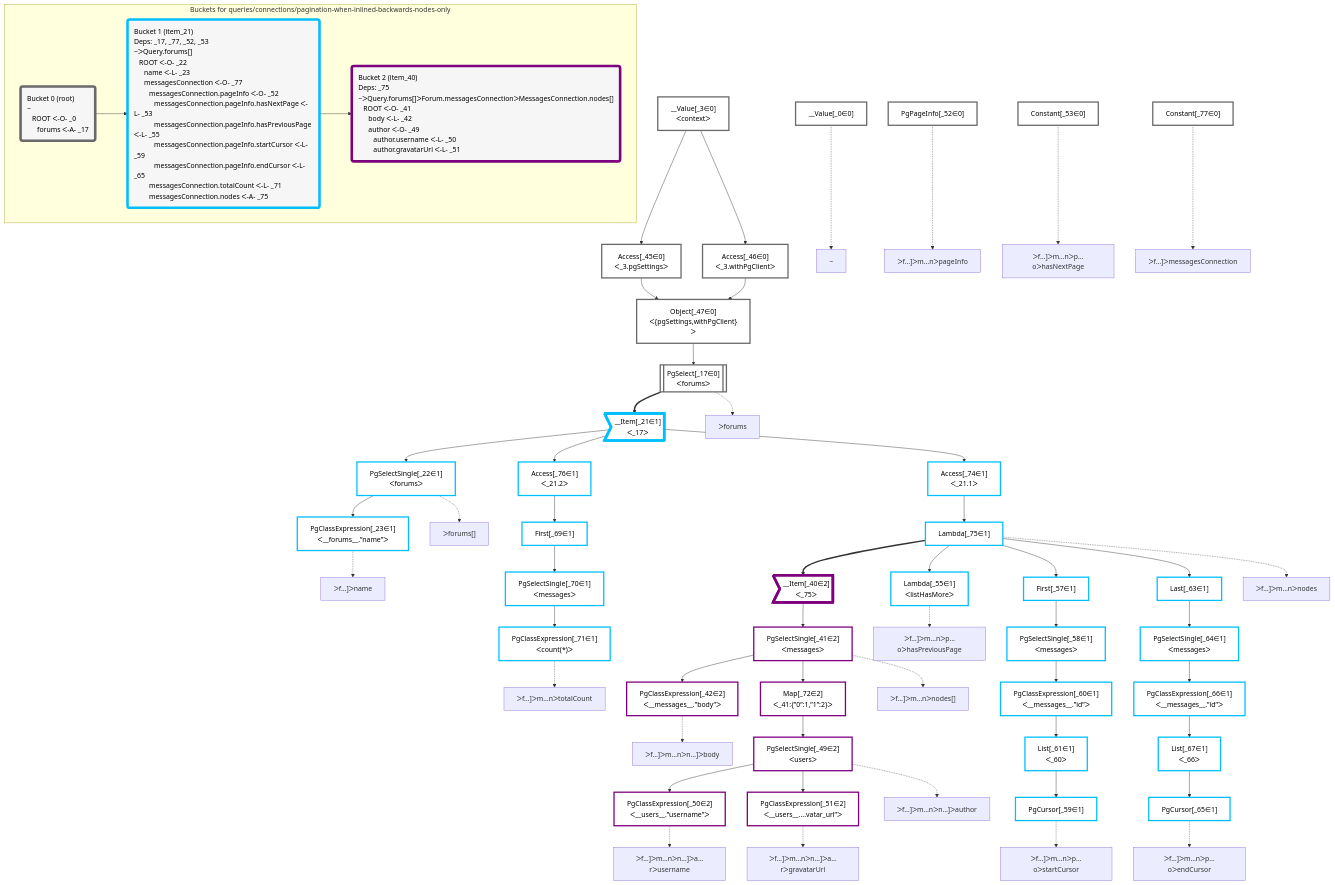
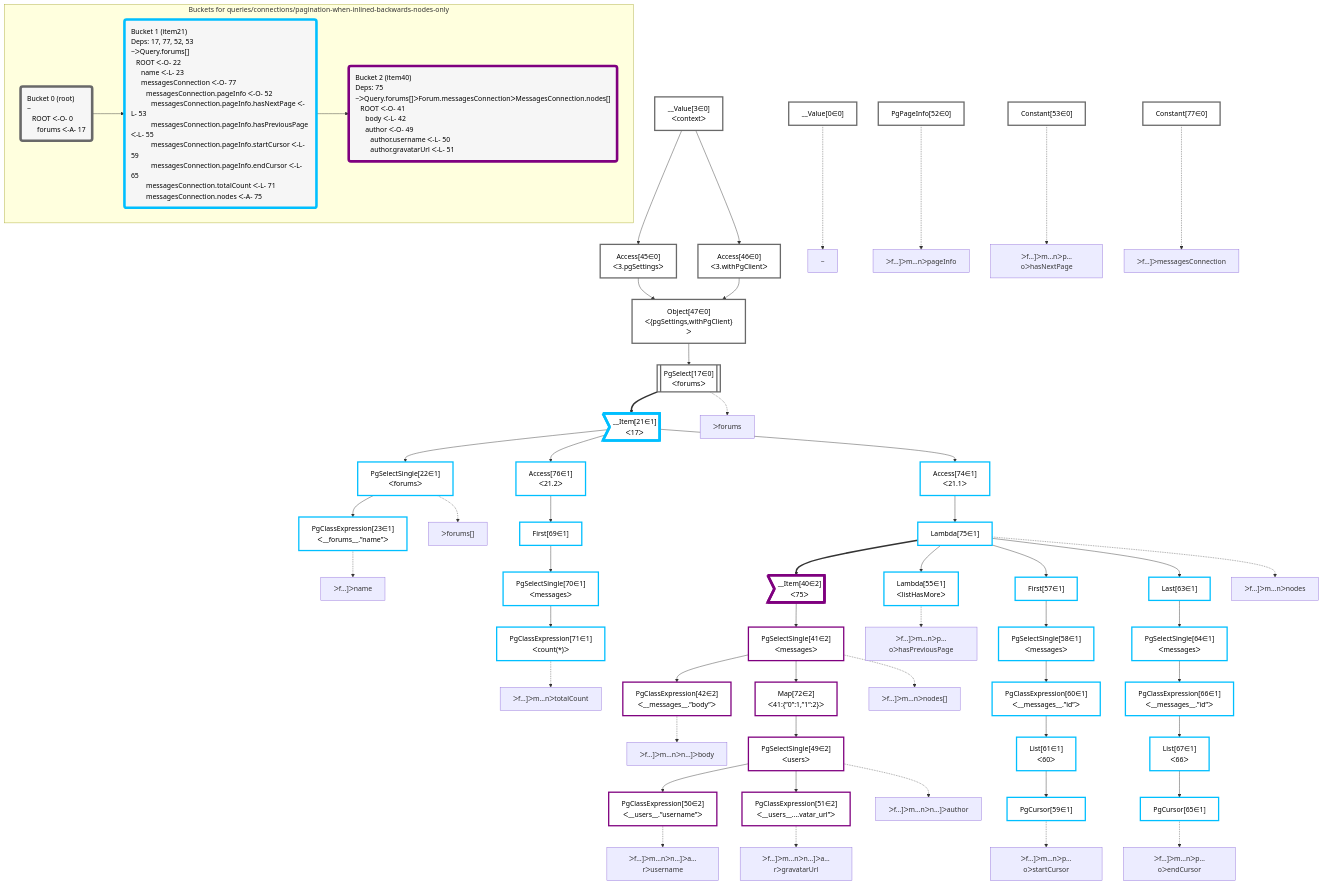
Before and after one commit to graphile/crystal: the diagram in packages/dataplan-pg/__tests__/queries/connections/pagination-when-inlined-backwards-nodes-only.mermaid.md, drawn with Mermaid. The commit also changed 195 other files, not shown here.

```diff
--- a/packages/dataplan-pg/__tests__/queries/connections/pagination-when-inlined-backwards-nodes-only.mermaid.md
+++ b/packages/dataplan-pg/__tests__/queries/connections/pagination-when-inlined-backwards-nodes-only.mermaid.md
@@ -8,122 +8,122 @@
 
 
     %% define plans
-    __Value_0["__Value[_0∈0]"]:::plan
-    PgClassExpression_23["PgClassExpression[_23∈1]<br />ᐸ__forums__.”name”ᐳ"]:::plan
-    PgSelectSingle_22["PgSelectSingle[_22∈1]<br />ᐸforumsᐳ"]:::plan
-    PgClassExpression_71["PgClassExpression[_71∈1]<br />ᐸcount(*)ᐳ"]:::plan
-    PgSelectSingle_70["PgSelectSingle[_70∈1]<br />ᐸmessagesᐳ"]:::plan
-    First_69["First[_69∈1]"]:::plan
-    Access_76["Access[_76∈1]<br />ᐸ_21.2ᐳ"]:::plan
-    PgClassExpression_42["PgClassExpression[_42∈2]<br />ᐸ__messages__.”body”ᐳ"]:::plan
-    PgClassExpression_50["PgClassExpression[_50∈2]<br />ᐸ__users__.”username”ᐳ"]:::plan
-    PgClassExpression_51["PgClassExpression[_51∈2]<br />ᐸ__users__....vatar_url”ᐳ"]:::plan
-    PgSelectSingle_49["PgSelectSingle[_49∈2]<br />ᐸusersᐳ"]:::plan
-    Map_72["Map[_72∈2]<br />ᐸ_41:{”0”:1,”1”:2}ᐳ"]:::plan
-    PgSelectSingle_41["PgSelectSingle[_41∈2]<br />ᐸmessagesᐳ"]:::plan
-    __Item_40>"__Item[_40∈2]<br />ᐸ_75ᐳ"]:::itemplan
-    Lambda_55["Lambda[_55∈1]<br />ᐸlistHasMoreᐳ"]:::plan
-    PgCursor_59["PgCursor[_59∈1]"]:::plan
-    List_61["List[_61∈1]<br />ᐸ_60ᐳ"]:::plan
-    PgClassExpression_60["PgClassExpression[_60∈1]<br />ᐸ__messages__.”id”ᐳ"]:::plan
-    PgSelectSingle_58["PgSelectSingle[_58∈1]<br />ᐸmessagesᐳ"]:::plan
-    First_57["First[_57∈1]"]:::plan
-    PgCursor_65["PgCursor[_65∈1]"]:::plan
-    List_67["List[_67∈1]<br />ᐸ_66ᐳ"]:::plan
-    PgClassExpression_66["PgClassExpression[_66∈1]<br />ᐸ__messages__.”id”ᐳ"]:::plan
-    PgSelectSingle_64["PgSelectSingle[_64∈1]<br />ᐸmessagesᐳ"]:::plan
-    Last_63["Last[_63∈1]"]:::plan
-    Lambda_75["Lambda[_75∈1]"]:::plan
-    Access_74["Access[_74∈1]<br />ᐸ_21.1ᐳ"]:::plan
-    __Item_21>"__Item[_21∈1]<br />ᐸ_17ᐳ"]:::itemplan
-    PgSelect_17[["PgSelect[_17∈0]<br />ᐸforumsᐳ"]]:::plan
-    Object_47["Object[_47∈0]<br />ᐸ{pgSettings,withPgClient}ᐳ"]:::plan
-    Access_45["Access[_45∈0]<br />ᐸ_3.pgSettingsᐳ"]:::plan
-    Access_46["Access[_46∈0]<br />ᐸ_3.withPgClientᐳ"]:::plan
-    __Value_3["__Value[_3∈0]<br />ᐸcontextᐳ"]:::plan
-    Constant_77["Constant[_77∈0]"]:::plan
-    PgPageInfo_52["PgPageInfo[_52∈0]"]:::plan
-    Constant_53["Constant[_53∈0]"]:::plan
+    __Value0["__Value[0∈0]"]:::plan
+    PgClassExpression23["PgClassExpression[23∈1]<br />ᐸ__forums__.”name”ᐳ"]:::plan
+    PgSelectSingle22["PgSelectSingle[22∈1]<br />ᐸforumsᐳ"]:::plan
+    PgClassExpression71["PgClassExpression[71∈1]<br />ᐸcount(*)ᐳ"]:::plan
+    PgSelectSingle70["PgSelectSingle[70∈1]<br />ᐸmessagesᐳ"]:::plan
+    First69["First[69∈1]"]:::plan
+    Access76["Access[76∈1]<br />ᐸ21.2ᐳ"]:::plan
+    PgClassExpression42["PgClassExpression[42∈2]<br />ᐸ__messages__.”body”ᐳ"]:::plan
+    PgClassExpression50["PgClassExpression[50∈2]<br />ᐸ__users__.”username”ᐳ"]:::plan
+    PgClassExpression51["PgClassExpression[51∈2]<br />ᐸ__users__....vatar_url”ᐳ"]:::plan
+    PgSelectSingle49["PgSelectSingle[49∈2]<br />ᐸusersᐳ"]:::plan
+    Map72["Map[72∈2]<br />ᐸ41:{”0”:1,”1”:2}ᐳ"]:::plan
+    PgSelectSingle41["PgSelectSingle[41∈2]<br />ᐸmessagesᐳ"]:::plan
+    __Item40>"__Item[40∈2]<br />ᐸ75ᐳ"]:::itemplan
+    Lambda55["Lambda[55∈1]<br />ᐸlistHasMoreᐳ"]:::plan
+    PgCursor59["PgCursor[59∈1]"]:::plan
+    List61["List[61∈1]<br />ᐸ60ᐳ"]:::plan
+    PgClassExpression60["PgClassExpression[60∈1]<br />ᐸ__messages__.”id”ᐳ"]:::plan
+    PgSelectSingle58["PgSelectSingle[58∈1]<br />ᐸmessagesᐳ"]:::plan
+    First57["First[57∈1]"]:::plan
+    PgCursor65["PgCursor[65∈1]"]:::plan
+    List67["List[67∈1]<br />ᐸ66ᐳ"]:::plan
+    PgClassExpression66["PgClassExpression[66∈1]<br />ᐸ__messages__.”id”ᐳ"]:::plan
+    PgSelectSingle64["PgSelectSingle[64∈1]<br />ᐸmessagesᐳ"]:::plan
+    Last63["Last[63∈1]"]:::plan
+    Lambda75["Lambda[75∈1]"]:::plan
+    Access74["Access[74∈1]<br />ᐸ21.1ᐳ"]:::plan
+    __Item21>"__Item[21∈1]<br />ᐸ17ᐳ"]:::itemplan
+    PgSelect17[["PgSelect[17∈0]<br />ᐸforumsᐳ"]]:::plan
+    Object47["Object[47∈0]<br />ᐸ{pgSettings,withPgClient}ᐳ"]:::plan
+    Access45["Access[45∈0]<br />ᐸ3.pgSettingsᐳ"]:::plan
+    Access46["Access[46∈0]<br />ᐸ3.withPgClientᐳ"]:::plan
+    __Value3["__Value[3∈0]<br />ᐸcontextᐳ"]:::plan
+    Constant77["Constant[77∈0]"]:::plan
+    PgPageInfo52["PgPageInfo[52∈0]"]:::plan
+    Constant53["Constant[53∈0]"]:::plan
 
     %% plan dependencies
-    PgSelectSingle_22 --> PgClassExpression_23
-    __Item_21 --> PgSelectSingle_22
-    PgSelectSingle_70 --> PgClassExpression_71
-    First_69 --> PgSelectSingle_70
-    Access_76 --> First_69
-    __Item_21 --> Access_76
-    PgSelectSingle_41 --> PgClassExpression_42
-    PgSelectSingle_49 --> PgClassExpression_50
-    PgSelectSingle_49 --> PgClassExpression_51
-    Map_72 --> PgSelectSingle_49
-    PgSelectSingle_41 --> Map_72
-    __Item_40 --> PgSelectSingle_41
-    Lambda_75 ==> __Item_40
-    Lambda_75 --> Lambda_55
-    List_61 --> PgCursor_59
-    PgClassExpression_60 --> List_61
-    PgSelectSingle_58 --> PgClassExpression_60
-    First_57 --> PgSelectSingle_58
-    Lambda_75 --> First_57
-    List_67 --> PgCursor_65
-    PgClassExpression_66 --> List_67
-    PgSelectSingle_64 --> PgClassExpression_66
-    Last_63 --> PgSelectSingle_64
-    Lambda_75 --> Last_63
-    Access_74 --> Lambda_75
-    __Item_21 --> Access_74
-    PgSelect_17 ==> __Item_21
-    Object_47 --> PgSelect_17
-    Access_45 & Access_46 --> Object_47
-    __Value_3 --> Access_45
-    __Value_3 --> Access_46
+    PgSelectSingle22 --> PgClassExpression23
+    __Item21 --> PgSelectSingle22
+    PgSelectSingle70 --> PgClassExpression71
+    First69 --> PgSelectSingle70
+    Access76 --> First69
+    __Item21 --> Access76
+    PgSelectSingle41 --> PgClassExpression42
+    PgSelectSingle49 --> PgClassExpression50
+    PgSelectSingle49 --> PgClassExpression51
+    Map72 --> PgSelectSingle49
+    PgSelectSingle41 --> Map72
+    __Item40 --> PgSelectSingle41
+    Lambda75 ==> __Item40
+    Lambda75 --> Lambda55
+    List61 --> PgCursor59
+    PgClassExpression60 --> List61
+    PgSelectSingle58 --> PgClassExpression60
+    First57 --> PgSelectSingle58
+    Lambda75 --> First57
+    List67 --> PgCursor65
+    PgClassExpression66 --> List67
+    PgSelectSingle64 --> PgClassExpression66
+    Last63 --> PgSelectSingle64
+    Lambda75 --> Last63
+    Access74 --> Lambda75
+    __Item21 --> Access74
+    PgSelect17 ==> __Item21
+    Object47 --> PgSelect17
+    Access45 & Access46 --> Object47
+    __Value3 --> Access45
+    __Value3 --> Access46
 
     %% plan-to-path relationships
-    P_0["~"]
-    __Value_0 -.-> P_0
-    P_17["ᐳforums"]
-    PgSelect_17 -.-> P_17
-    P_22["ᐳforums[]"]
-    PgSelectSingle_22 -.-> P_22
-    P_23["ᐳf…]ᐳname"]
-    PgClassExpression_23 -.-> P_23
-    P_41["ᐳf…]ᐳm…nᐳnodes[]"]
-    PgSelectSingle_41 -.-> P_41
-    P_42["ᐳf…]ᐳm…nᐳn…]ᐳbody"]
-    PgClassExpression_42 -.-> P_42
-    P_49["ᐳf…]ᐳm…nᐳn…]ᐳauthor"]
-    PgSelectSingle_49 -.-> P_49
-    P_50["ᐳf…]ᐳm…nᐳn…]ᐳa…rᐳusername"]
-    PgClassExpression_50 -.-> P_50
-    P_51["ᐳf…]ᐳm…nᐳn…]ᐳa…rᐳgravatarUrl"]
-    PgClassExpression_51 -.-> P_51
-    P_52["ᐳf…]ᐳm…nᐳpageInfo"]
-    PgPageInfo_52 -.-> P_52
-    P_53["ᐳf…]ᐳm…nᐳp…oᐳhasNextPage"]
-    Constant_53 -.-> P_53
-    P_55["ᐳf…]ᐳm…nᐳp…oᐳhasPreviousPage"]
-    Lambda_55 -.-> P_55
-    P_59["ᐳf…]ᐳm…nᐳp…oᐳstartCursor"]
-    PgCursor_59 -.-> P_59
-    P_65["ᐳf…]ᐳm…nᐳp…oᐳendCursor"]
-    PgCursor_65 -.-> P_65
-    P_71["ᐳf…]ᐳm…nᐳtotalCount"]
-    PgClassExpression_71 -.-> P_71
-    P_75["ᐳf…]ᐳm…nᐳnodes"]
-    Lambda_75 -.-> P_75
-    P_77["ᐳf…]ᐳmessagesConnection"]
-    Constant_77 -.-> P_77
+    P0["~"]
+    __Value0 -.-> P0
+    P17["ᐳforums"]
+    PgSelect17 -.-> P17
+    P22["ᐳforums[]"]
+    PgSelectSingle22 -.-> P22
+    P23["ᐳf…]ᐳname"]
+    PgClassExpression23 -.-> P23
+    P41["ᐳf…]ᐳm…nᐳnodes[]"]
+    PgSelectSingle41 -.-> P41
+    P42["ᐳf…]ᐳm…nᐳn…]ᐳbody"]
+    PgClassExpression42 -.-> P42
+    P49["ᐳf…]ᐳm…nᐳn…]ᐳauthor"]
+    PgSelectSingle49 -.-> P49
+    P50["ᐳf…]ᐳm…nᐳn…]ᐳa…rᐳusername"]
+    PgClassExpression50 -.-> P50
+    P51["ᐳf…]ᐳm…nᐳn…]ᐳa…rᐳgravatarUrl"]
+    PgClassExpression51 -.-> P51
+    P52["ᐳf…]ᐳm…nᐳpageInfo"]
+    PgPageInfo52 -.-> P52
+    P53["ᐳf…]ᐳm…nᐳp…oᐳhasNextPage"]
+    Constant53 -.-> P53
+    P55["ᐳf…]ᐳm…nᐳp…oᐳhasPreviousPage"]
+    Lambda55 -.-> P55
+    P59["ᐳf…]ᐳm…nᐳp…oᐳstartCursor"]
+    PgCursor59 -.-> P59
+    P65["ᐳf…]ᐳm…nᐳp…oᐳendCursor"]
+    PgCursor65 -.-> P65
+    P71["ᐳf…]ᐳm…nᐳtotalCount"]
+    PgClassExpression71 -.-> P71
+    P75["ᐳf…]ᐳm…nᐳnodes"]
+    Lambda75 -.-> P75
+    P77["ᐳf…]ᐳmessagesConnection"]
+    Constant77 -.-> P77
 
     subgraph "Buckets for queries/connections/pagination-when-inlined-backwards-nodes-only"
-    Bucket0("Bucket 0 (root)<br />~<br />⠀ROOT ᐸ-O- _0<br />⠀⠀forums ᐸ-A- _17"):::bucket
+    Bucket0("Bucket 0 (root)<br />~<br />⠀ROOT ᐸ-O- 0<br />⠀⠀forums ᐸ-A- 17"):::bucket
     classDef bucket0 stroke:#696969
-    class Bucket0,__Value_0,__Value_3,PgSelect_17,Access_45,Access_46,Object_47,PgPageInfo_52,Constant_53,Constant_77 bucket0
-    Bucket1("Bucket 1 (item_21)<br />Deps: _17, _77, _52, _53<br />~ᐳQuery.forums[]<br />⠀ROOT ᐸ-O- _22<br />⠀⠀name ᐸ-L- _23<br />⠀⠀messagesConnection ᐸ-O- _77<br />⠀⠀⠀messagesConnection.pageInfo ᐸ-O- _52<br />⠀⠀⠀⠀messagesConnection.pageInfo.hasNextPage ᐸ-L- _53<br />⠀⠀⠀⠀messagesConnection.pageInfo.hasPreviousPage ᐸ-L- _55<br />⠀⠀⠀⠀messagesConnection.pageInfo.startCursor ᐸ-L- _59<br />⠀⠀⠀⠀messagesConnection.pageInfo.endCursor ᐸ-L- _65<br />⠀⠀⠀messagesConnection.totalCount ᐸ-L- _71<br />⠀⠀⠀messagesConnection.nodes ᐸ-A- _75"):::bucket
+    class Bucket0,__Value0,__Value3,PgSelect17,Access45,Access46,Object47,PgPageInfo52,Constant53,Constant77 bucket0
+    Bucket1("Bucket 1 (item21)<br />Deps: 17, 77, 52, 53<br />~ᐳQuery.forums[]<br />⠀ROOT ᐸ-O- 22<br />⠀⠀name ᐸ-L- 23<br />⠀⠀messagesConnection ᐸ-O- 77<br />⠀⠀⠀messagesConnection.pageInfo ᐸ-O- 52<br />⠀⠀⠀⠀messagesConnection.pageInfo.hasNextPage ᐸ-L- 53<br />⠀⠀⠀⠀messagesConnection.pageInfo.hasPreviousPage ᐸ-L- 55<br />⠀⠀⠀⠀messagesConnection.pageInfo.startCursor ᐸ-L- 59<br />⠀⠀⠀⠀messagesConnection.pageInfo.endCursor ᐸ-L- 65<br />⠀⠀⠀messagesConnection.totalCount ᐸ-L- 71<br />⠀⠀⠀messagesConnection.nodes ᐸ-A- 75"):::bucket
     classDef bucket1 stroke:#00bfff
-    class Bucket1,__Item_21,PgSelectSingle_22,PgClassExpression_23,Lambda_55,First_57,PgSelectSingle_58,PgCursor_59,PgClassExpression_60,List_61,Last_63,PgSelectSingle_64,PgCursor_65,PgClassExpression_66,List_67,First_69,PgSelectSingle_70,PgClassExpression_71,Access_74,Lambda_75,Access_76 bucket1
-    Bucket2("Bucket 2 (item_40)<br />Deps: _75<br />~ᐳQuery.forums[]ᐳForum.messagesConnectionᐳMessagesConnection.nodes[]<br />⠀ROOT ᐸ-O- _41<br />⠀⠀body ᐸ-L- _42<br />⠀⠀author ᐸ-O- _49<br />⠀⠀⠀author.username ᐸ-L- _50<br />⠀⠀⠀author.gravatarUrl ᐸ-L- _51"):::bucket
+    class Bucket1,__Item21,PgSelectSingle22,PgClassExpression23,Lambda55,First57,PgSelectSingle58,PgCursor59,PgClassExpression60,List61,Last63,PgSelectSingle64,PgCursor65,PgClassExpression66,List67,First69,PgSelectSingle70,PgClassExpression71,Access74,Lambda75,Access76 bucket1
+    Bucket2("Bucket 2 (item40)<br />Deps: 75<br />~ᐳQuery.forums[]ᐳForum.messagesConnectionᐳMessagesConnection.nodes[]<br />⠀ROOT ᐸ-O- 41<br />⠀⠀body ᐸ-L- 42<br />⠀⠀author ᐸ-O- 49<br />⠀⠀⠀author.username ᐸ-L- 50<br />⠀⠀⠀author.gravatarUrl ᐸ-L- 51"):::bucket
     classDef bucket2 stroke:#7f007f
-    class Bucket2,__Item_40,PgSelectSingle_41,PgClassExpression_42,PgSelectSingle_49,PgClassExpression_50,PgClassExpression_51,Map_72 bucket2
+    class Bucket2,__Item40,PgSelectSingle41,PgClassExpression42,PgSelectSingle49,PgClassExpression50,PgClassExpression51,Map72 bucket2
     Bucket0 --> Bucket1
     Bucket1 --> Bucket2
     end
```
